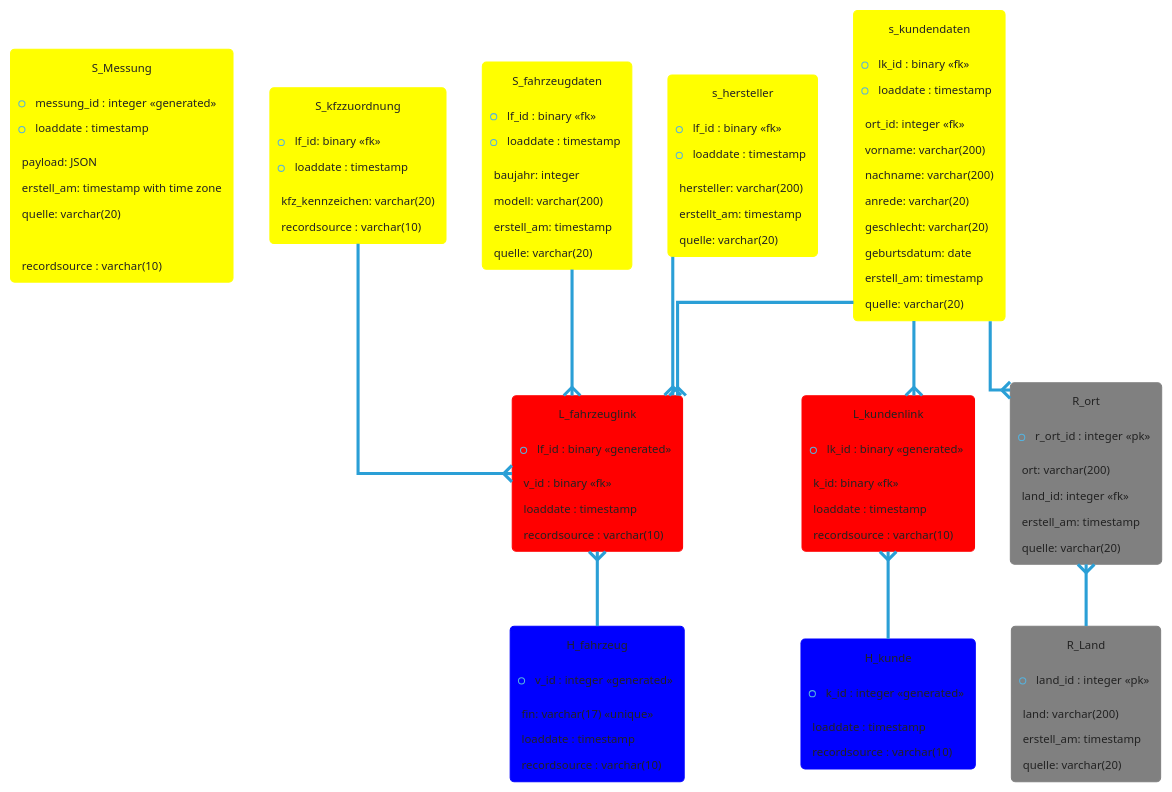
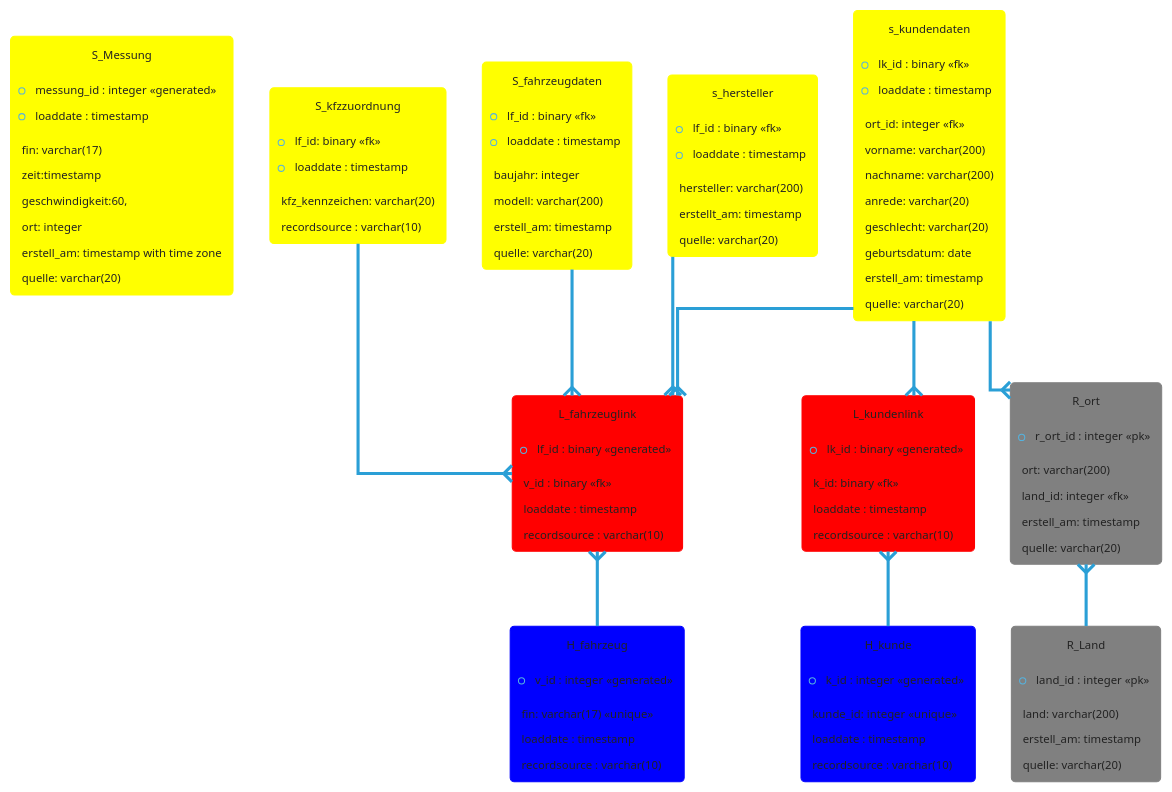
Before and after one commit to FreddyTF/DHW-Jonas-Freddy: the diagram in relationshipdiagramm.plantuml, drawn with PlantUML. The commit also changed 2 other files, not shown here.

```diff
--- a/relationshipdiagramm.plantuml
+++ b/relationshipdiagramm.plantuml
@@ -1,111 +1,113 @@
 @startuml
 !theme cyborg
 hide circle
 'avoid problems with angled crows feet
 skinparam linetype ortho
 
 entity "S_Messung" as s01 #line:yellow;back:yellow {
 *messung_id : integer <<generated>>
 *loaddate : timestamp
 --
-payload: JSON
+fin: varchar(17)
+zeit:timestamp 
+geschwindigkeit:60,
+ort: integer
 erstell_am: timestamp with time zone
 quelle: varchar(20)
-
-recordsource : varchar(10)
 }
 entity "R_Land" as rland #line:gray;back:gray {
 *land_id : integer <<pk>>
 --
 land: varchar(200) 
 erstell_am: timestamp
 quelle: varchar(20)
 }
 
 entity "L_fahrzeuglink" as lfahrzeuglink #line:red;back:red {
 *lf_id : binary <<generated>>
 --
 v_id : binary <<fk>>
 loaddate : timestamp
 recordsource : varchar(10)
 }
 
 entity "S_kfzzuordnung" as skfzzuordnung #line:yellow;back:yellow {
 *lf_id: binary <<fk>>
 *loaddate : timestamp
 --
 kfz_kennzeichen: varchar(20)
 recordsource : varchar(10)
 }
 
 entity "L_kundenlink" as lkundenlink #line:red;back:red {
 *lk_id : binary <<generated>>
 --
 k_id: binary <<fk>>
 loaddate : timestamp
 recordsource : varchar(10)
 }
 
 entity "R_ort" as rort #line:gray;back:gray {
 *r_ort_id : integer <<pk>>
 --
 ort: varchar(200)
 land_id: integer <<fk>>
 erstell_am: timestamp
 quelle: varchar(20)
 }
 
 entity "H_fahrzeug" as hfahrzeug #line:blue;back:blue {
 *v_id : integer <<generated>>
 --
 fin: varchar(17) <<unique>>
 loaddate : timestamp
 recordsource : varchar(10)
 }
 entity "S_fahrzeugdaten" as sfahrzeugdaten #line:yellow;back:yellow {
 *lf_id : binary <<fk>> 
 *loaddate : timestamp
 --
 baujahr: integer
 modell: varchar(200)
 erstell_am: timestamp
 quelle: varchar(20)
 }
 entity "H_kunde" as hkunde #line:blue;back:blue {
 *k_id : integer <<generated>>
 --
+kunde_id: integer <<unique>>
 loaddate : timestamp
 recordsource : varchar(10)
 }
 entity "s_kundendaten" as skundendaten #line:yellow;back:yellow {
 *lk_id : binary <<fk>>
 *loaddate : timestamp
 --
 ort_id: integer <<fk>>
 vorname: varchar(200)
 nachname: varchar(200)
 anrede: varchar(20)
 geschlecht: varchar(20)
 geburtsdatum: date
 erstell_am: timestamp
 quelle: varchar(20)
 }
 entity "s_hersteller" as shersteller #line:yellow;back:yellow {
 *lf_id : binary <<fk>>
 *loaddate : timestamp
 --
 hersteller: varchar(200)
 erstellt_am: timestamp
 quelle: varchar(20)
 }
 
 rort }-- rland
 skundendaten --{ rort
 shersteller --{ lfahrzeuglink
 lkundenlink }-- hkunde
 skundendaten --{ lfahrzeuglink
 skundendaten --{ lkundenlink
 sfahrzeugdaten --{ lfahrzeuglink
 skfzzuordnung --{ lfahrzeuglink
 lfahrzeuglink }-- hfahrzeug
 @enduml
```
